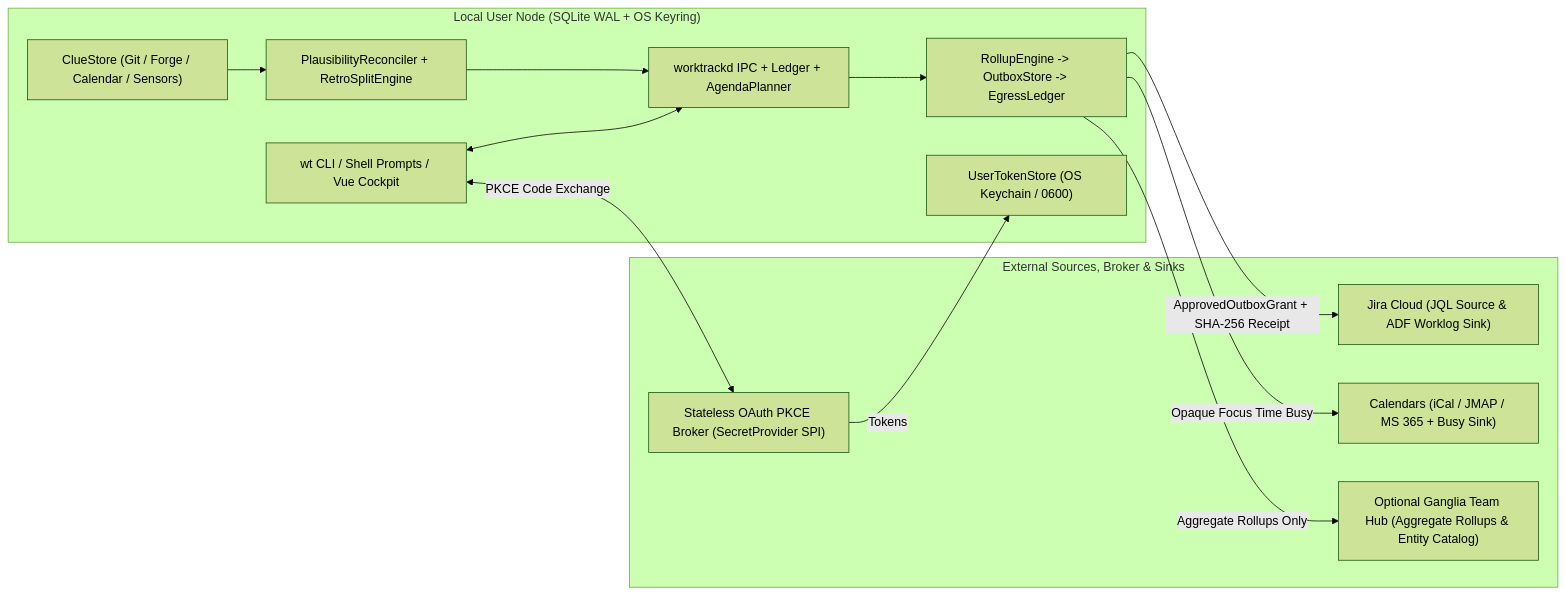
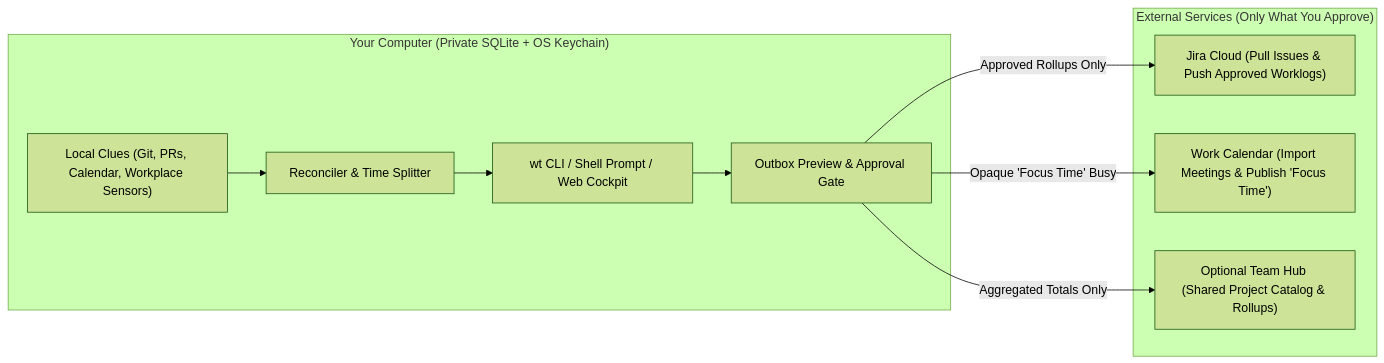
The diagram in README.md (lino/worktrack), drawn with Mermaid (forest theme) before and after one commit. The commit also changed other lines of this file and 3 other files, not shown here.

````diff
--- a/README.md
+++ b/README.md
@@ -27,27 +260,21 @@
 ```mermaid
 flowchart LR
-    subgraph Node["Local User Node (SQLite WAL + OS Keyring)"]
-        CLI["wt CLI / Shell Prompts / Vue Cockpit"]
-        Daemon["worktrackd IPC + Ledger + AgendaPlanner"]
-        Clues["ClueStore (Git / Forge / Calendar / Sensors)"]
-        Reconcile["PlausibilityReconciler + RetroSplitEngine"]
-        Outbox["RollupEngine -> OutboxStore -> EgressLedger"]
-        Keyring["UserTokenStore (OS Keychain / 0600)"]
+    subgraph Local["Your Computer (Private SQLite + OS Keychain)"]
+        Capture["wt CLI / Shell Prompt / Web Cockpit"]
+        Clues["Local Clues (Git, PRs, Calendar, Workplace Sensors)"]
+        Reconcile["Reconciler & Time Splitter"]
+        Outbox["Outbox Preview & Approval Gate"]
     end
 
-    subgraph External["External Sources, Broker & Sinks"]
-        Broker["Stateless OAuth PKCE Broker (SecretProvider SPI)"]
-        Jira["Jira Cloud (JQL Source & ADF Worklog Sink)"]
-        Cal["Calendars (iCal / JMAP / MS 365 + Busy Sink)"]
-        Hub["Optional Ganglia Team Hub (Aggregate Rollups & Entity Catalog)"]
+    subgraph External["External Services (Only What You Approve)"]
+        Jira["Jira Cloud (Pull Issues & Push Approved Worklogs)"]
+        Cal["Work Calendar (Import Meetings & Publish 'Focus Time')"]
+        Hub["Optional Team Hub (Shared Project Catalog & Rollups)"]
     end
 
-    CLI <--> Daemon
-    Clues --> Reconcile --> Daemon
-    Daemon --> Outbox
-    CLI <-->|"PKCE Code Exchange"| Broker
-    Broker -->|"Tokens"| Keyring
-    Outbox -->|"ApprovedOutboxGrant + SHA-256 Receipt"| Jira
-    Outbox -->|"Opaque Focus Time Busy"| Cal
-    Outbox -->|"Aggregate Rollups Only"| Hub
+    Clues --> Reconcile --> Capture
+    Capture --> Outbox
+    Outbox -->|"Approved Rollups Only"| Jira
+    Outbox -->|"Opaque 'Focus Time' Busy"| Cal
+    Outbox -->|"Aggregated Totals Only"| Hub
 ```
````
